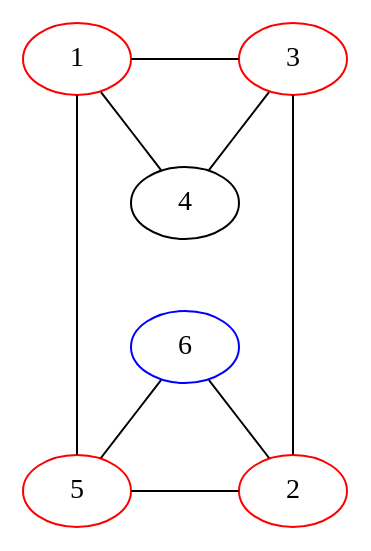
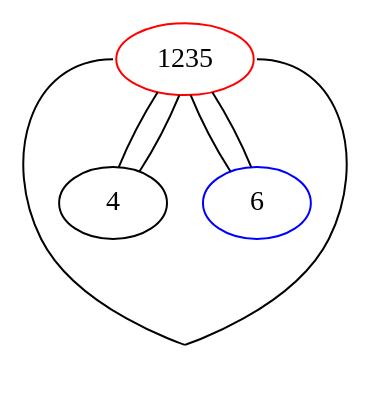
One commit to bilboquet/gamelib changed the diagram in sprouts/start_2_nodes_reduced/11112.dot. Above: the diagram before and after it, drawn with Graphviz. The commit also changed 19 other files, not shown here.

```diff
--- a/sprouts/start_2_nodes_reduced/11112.dot
+++ b/sprouts/start_2_nodes_reduced/11112.dot
@@ -1,30 +1,13 @@
 graph {
-  1 -- 4 -- 3 -- 2;
-  1 -- 3 [minlen=3];
-  1 -- 5;
-  5 -- 2 [minlen=3];
-  5 -- 6 -- 2;
-  4 -- 6 [weight=2, style="invis"];
-
+  1235:w -- 7 [headclip="false"];
+  7 -- 1235:e [tailclip="false"];
+  1235 -- 4 -- 1235;
+  1235 -- 6 -- 1235;
   {
-    rank="same";
-    1;
-    3;
-
+    rank="sink";
+    7;
   }
-
-
-  {
-    rank="same";
-    2;
-    5;
-
-  }
-
-  1 [color="red"];
-  2 [color="red"];
-  3 [color="red"];
-  5 [color="red"];
+  7 [style="invis"];
+  1235 [color="red"];
   6 [color="blue"];
-
 }
```
